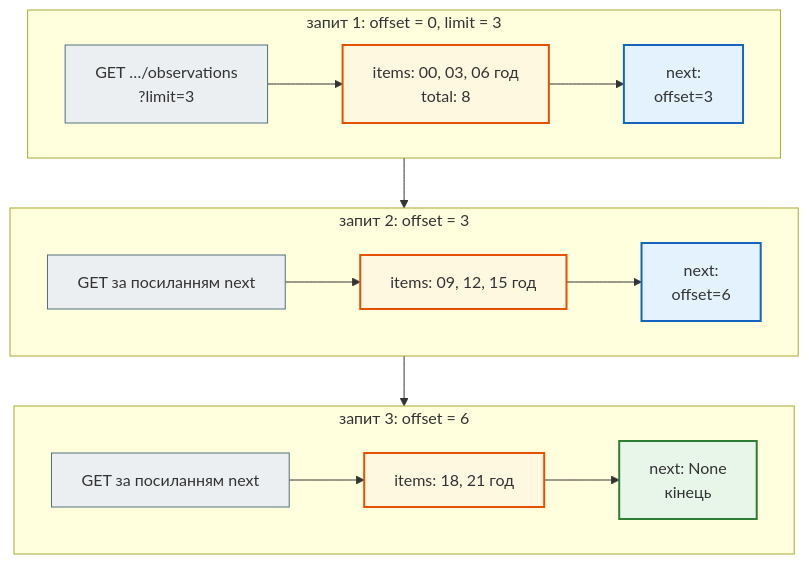
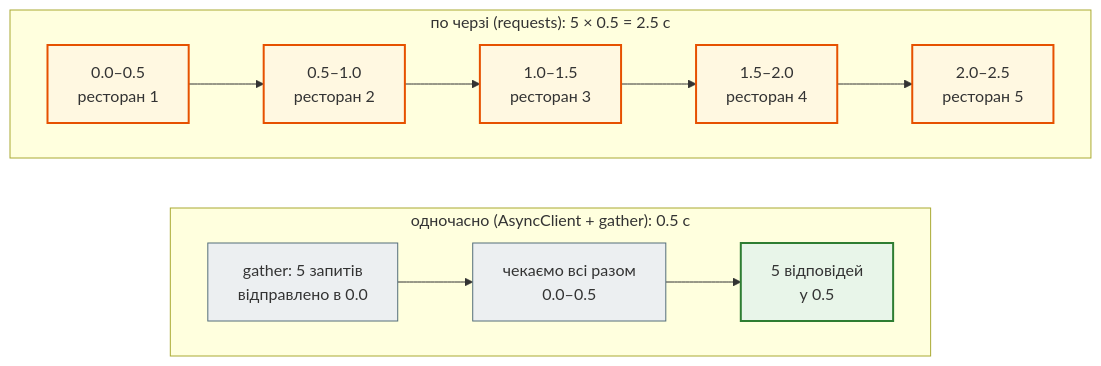
The sixth of 8 diagrams in docs/modules/m4/lesson_32.md (AlinaRadchenko/PY-Course-Victor-Nikoriak-22-09-2026), drawn with Mermaid before and after one commit. The commit also changed other lines of this file and 1846 other files, not shown here.

````diff
--- a/docs/modules/m4/lesson_32.md
+++ b/docs/modules/m4/lesson_32.md
@@ -594,27 +698,22 @@
 ```mermaid
 flowchart TD
     classDef step     fill:#eceff1,stroke:#546e7a,stroke-width:1px;
     classDef decision fill:#e3f2fd,stroke:#1565c0,stroke-width:2px;
     classDef success  fill:#e8f5e9,stroke:#2e7d32,stroke-width:2px;
     classDef error    fill:#ffebee,stroke:#c62828,stroke-width:3px;
     classDef warning  fill:#fff8e1,stroke:#e65100,stroke-width:2px;
 
-    subgraph P1["запит 1: offset = 0, limit = 3"]
+    subgraph SEQ["по черзі (requests): 5 × 0.5 = 2.5 с"]
         direction LR
-        A1["GET …/observations<br>?limit=3"] --> B1["items: 00, 03, 06 год<br>total: 8"] --> C1["next:<br>offset=3"]
+        S1["0.0–0.5<br>ресторан 1"] --> S2["0.5–1.0<br>ресторан 2"] --> S3["1.0–1.5<br>ресторан 3"] --> S4["1.5–2.0<br>ресторан 4"] --> S5["2.0–2.5<br>ресторан 5"]
     end
-    subgraph P2["запит 2: offset = 3"]
+    subgraph ASY["одночасно (AsyncClient + gather): 0.5 с"]
         direction LR
-        A2["GET за посиланням next"] --> B2["items: 09, 12, 15 год"] --> C2["next:<br>offset=6"]
+        G["gather: 5 запитів<br>відправлено в 0.0"] --> W["чекаємо всі разом<br>0.0–0.5"] --> R["5 відповідей<br>у 0.5"]
     end
-    subgraph P3["запит 3: offset = 6"]
-        direction LR
-        A3["GET за посиланням next"] --> B3["items: 18, 21 год"] --> C3["next: None<br>кінець"]
-    end
-    P1 --> P2 --> P3
+    SEQ ~~~ ASY
 
-    class A1,A2,A3 step
-    class B1,B2,B3 warning
-    class C1,C2 decision
-    class C3 success
+    class S1,S2,S3,S4,S5 warning
+    class G,W step
+    class R success
 ```
````
